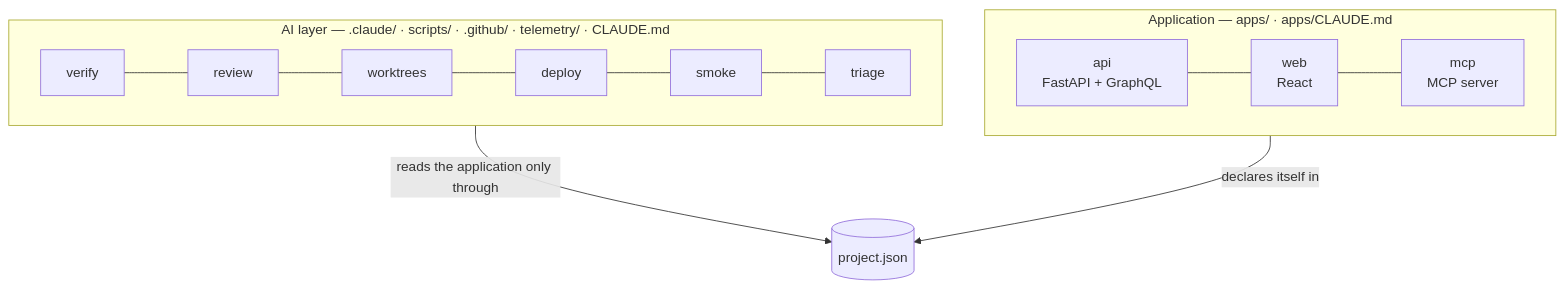
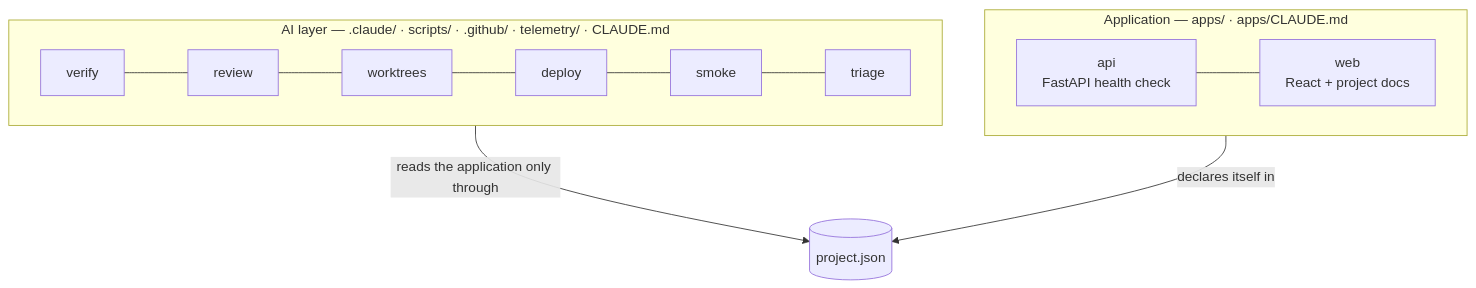
The first of 2 diagrams in README.md (stevemarvell/boris), drawn with Mermaid before and after one commit. The commit also changed other lines of this file and 57 other files, not shown here.

````diff
--- a/README.md
+++ b/README.md
@@ -11,14 +11,14 @@
 ```mermaid
 flowchart TB
   subgraph AI["AI layer — .claude/ · scripts/ · .github/ · telemetry/ · CLAUDE.md"]
     direction LR
     verify[verify] --- review[review] --- isolate[worktrees] --- deploy[deploy] --- smoke[smoke] --- triage[triage]
   end
   manifest[("project.json")]
   subgraph APP["Application — apps/ · apps/CLAUDE.md"]
     direction LR
-    api["api<br/>FastAPI + GraphQL"] --- web["web<br/>React"] --- mcp["mcp<br/>MCP server"]
+    api["api<br/>FastAPI health check"] --- web["web<br/>React + project docs"]
   end
   AI -- "reads the application only through" --> manifest
   APP -- "declares itself in" --> manifest
 ```
````
